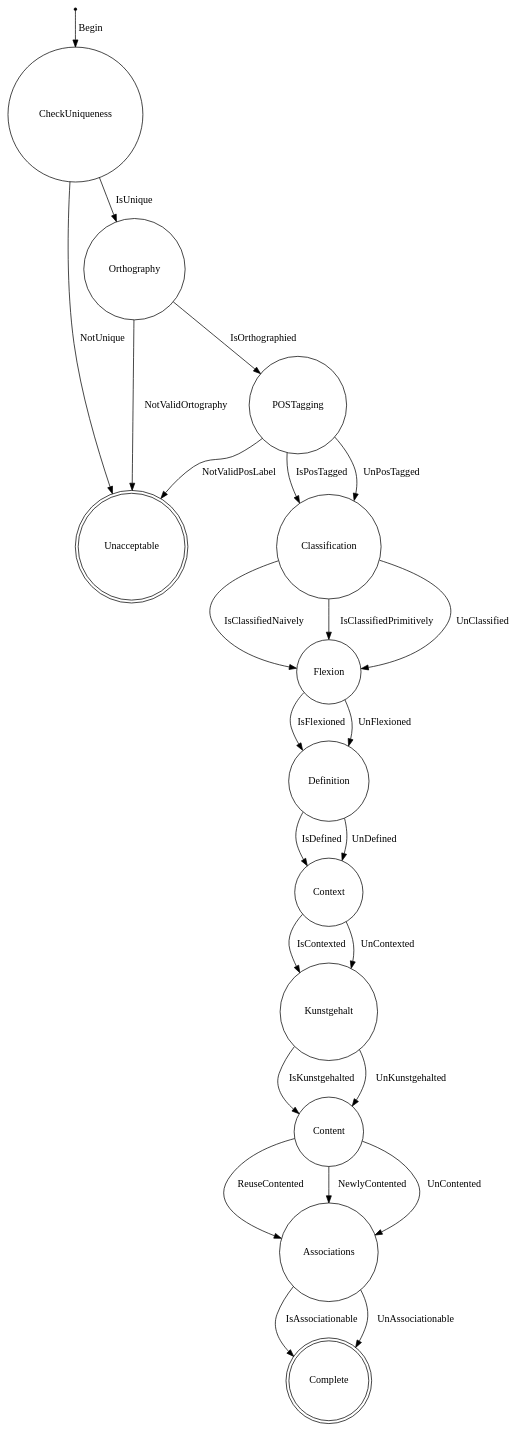
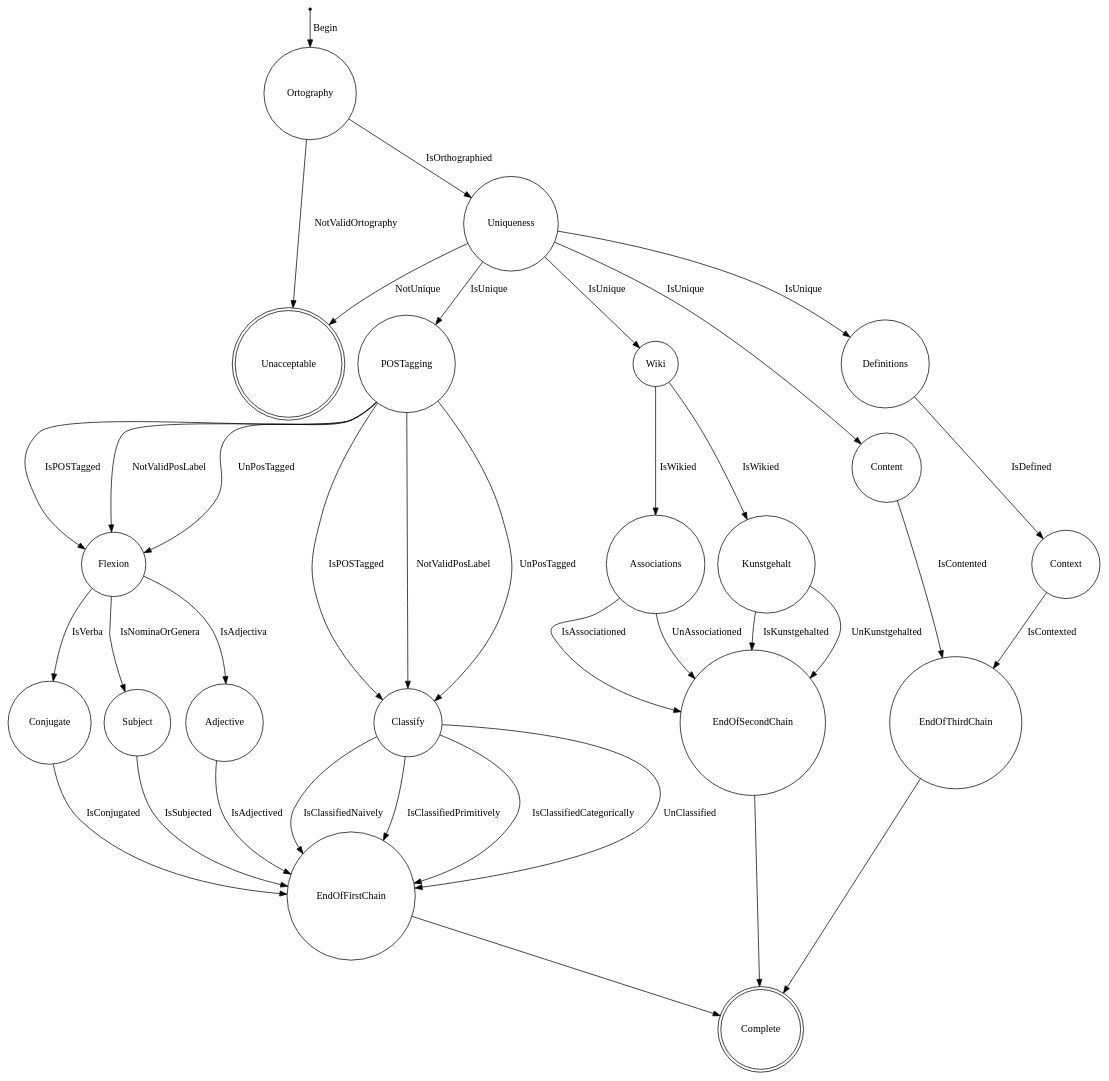
One commit to KSART-nl/terma changed the diagram in fsm.dot. Above: the diagram before and after it, drawn with Graphviz. The commit also changed 1 other file, not shown here.

Commit message:
Updated fsm graph illustration

```diff
--- a/fsm.dot
+++ b/fsm.dot
@@ -1,45 +1,59 @@
 digraph finite_state_machine {
+
 	rankdir=TB;
 
 	node [shape = doublecircle]; Complete, Unacceptable;
-	
 	node [shape = point]; Start;
+	node [shape = circle];
 
-	node [shape = circle];
-	Start -> CheckUniqueness [ label = "Begin" ];
+	Start -> Ortography [ label = "Begin" ];
 
-	CheckUniqueness -> Orthography [ label = "IsUnique" ];
-	CheckUniqueness -> Unacceptable [ label = "NotUnique" ];
+	Ortography -> Uniqueness [ label = "IsOrthographied" ];
+	Ortography -> Unacceptable [ label = "NotValidOrtography" ];
 
-	Orthography -> POSTagging [ label = "IsOrthographied" ];
-	Orthography -> Unacceptable [ label = "NotValidOrtography" ];
+	Uniqueness -> POSTagging [ label = "IsUnique" ];
+	Uniqueness -> Unacceptable [ label = "NotUnique" ];
 
-	POSTagging -> Classification [ label = "IsPosTagged" ];
-	POSTagging -> Unacceptable [ label = "NotValidPosLabel" ];
-	POSTagging -> Classification [ label = "UnPosTagged" ];
+	POSTagging -> Flexion [ label = "IsPOSTagged" ];
+	POSTagging -> Flexion [ label = "NotValidPosLabel" ];
+	POSTagging -> Flexion [ label = "UnPosTagged" ];
 
-	Classification -> Flexion [ label = "IsClassifiedNaively" ];
-	Classification -> Flexion [ label = "IsClassifiedPrimitively" ];
-	Classification -> Flexion [ label = "UnClassified" ];
+	POSTagging -> Classify [ label = "IsPOSTagged" ];
+	POSTagging -> Classify [ label = "NotValidPosLabel" ];
+	POSTagging -> Classify [ label = "UnPosTagged" ];
 
-	Flexion -> Definition [ label = "IsFlexioned" ];
-	Flexion -> Definition [ label = "UnFlexioned" ];
+	Flexion -> Conjugate [ label = "IsVerba" ];
+	Flexion -> Subject [ label = "IsNominaOrGenera" ];
+	Flexion -> Adjective [ label = "IsAdjectiva" ];
 
-	Definition -> Context [ label = "IsDefined" ];
-	Definition -> Context [ label = "UnDefined" ];
+	Conjugate -> EndOfFirstChain [ label = "IsConjugated" ];
+	Subject -> EndOfFirstChain [ label = "IsSubjected" ];
+	Adjective -> EndOfFirstChain [ label = "IsAdjectived" ];
 
-	Context -> Kunstgehalt [ label = "IsContexted" ];
-	Context -> Kunstgehalt [ label = "UnContexted" ];
+	Classify -> EndOfFirstChain [ label = "IsClassifiedNaively" ];
+	Classify -> EndOfFirstChain [ label = "IsClassifiedPrimitively" ];
+	Classify -> EndOfFirstChain [ label = "IsClassifiedCategorically" ];
+	Classify -> EndOfFirstChain [ label = "UnClassified" ];
 
-	Kunstgehalt -> Content [ label = "IsKunstgehalted" ];
-	Kunstgehalt -> Content [ label = "UnKunstgehalted" ];
+	Uniqueness -> Wiki [ label = "IsUnique" ];
+	Wiki -> Associations [ label = "IsWikied" ];
+	Wiki -> Kunstgehalt [ label = "IsWikied" ];
+	Associations -> EndOfSecondChain [ label = "IsAssociationed" ];
+	Associations -> EndOfSecondChain [ label = "UnAssociationed" ];
+	Kunstgehalt -> EndOfSecondChain [ label = "IsKunstgehalted" ];
+	Kunstgehalt -> EndOfSecondChain [ label = "UnKunstgehalted" ];
 
-	Content -> Associations [ label = "ReuseContented" ];
-	Content -> Associations [ label = "NewlyContented" ];
-	Content -> Associations [ label = "UnContented" ];
+	Uniqueness -> Content [ label = "IsUnique" ];
+	Uniqueness -> Definitions [ label = "IsUnique" ];
+	Definitions -> Context [ label = "IsDefined" ];
 
-	Associations -> Complete [ label = "IsAssociationable" ];
-	Associations -> Complete [ label = "UnAssociationable" ];
+	Content -> EndOfThirdChain  [ label = "IsContented" ];
+	Context -> EndOfThirdChain  [ label = "IsContexted" ];
+
+	EndOfFirstChain -> Complete
+	EndOfSecondChain -> Complete
+	EndOfThirdChain -> Complete
 
 	Unacceptable
+
 }
```
